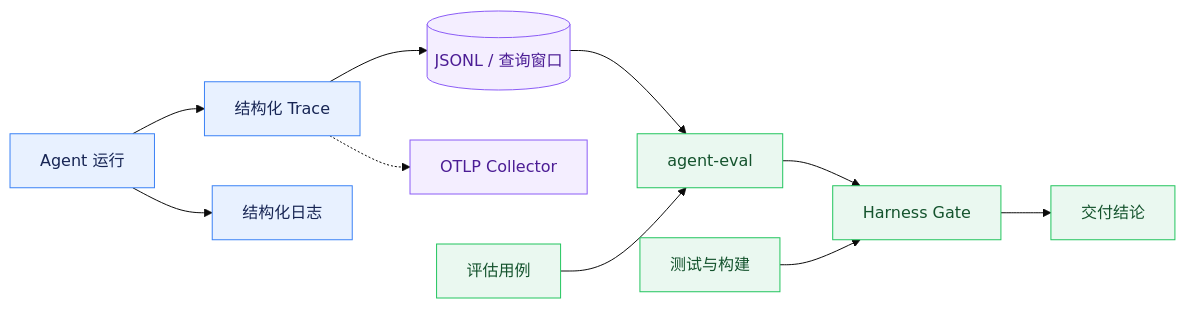
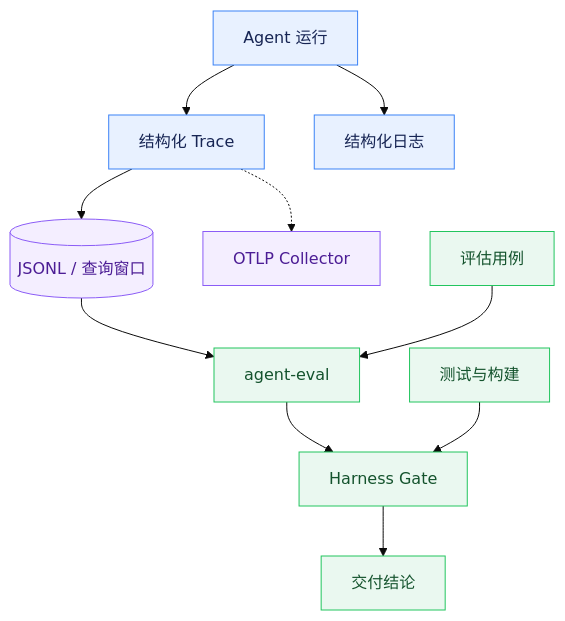
The diagram in agent-doc/核心能力/Trace可观测与质量评估.md (Logistic98/job-buddy), drawn with Mermaid (base theme) before and after one commit. The commit also changed other lines of this file and 32 other files, not shown here.

````diff
--- a/agent-doc/核心能力/Trace可观测与质量评估.md
+++ b/agent-doc/核心能力/Trace可观测与质量评估.md
@@ -35,19 +23,19 @@
 ```mermaid
-graph LR
+graph TD
     RUN[Agent 运行] --> TRACE[结构化 Trace]
     RUN --> LOG[结构化日志]
     TRACE --> JSONL[("JSONL / 查询窗口")]
     TRACE -.-> OTEL[OTLP Collector]
     JSONL --> EVAL[agent-eval]
     CASES[评估用例] --> EVAL
     EVAL --> GATE[Harness Gate]
     TESTS[测试与构建] --> GATE
     GATE --> RESULT[交付结论]
 
     classDef runtime fill:#E8F1FF,stroke:#3B82F6,color:#172554;
     classDef quality fill:#EAF8F0,stroke:#22C55E,color:#14532D;
     classDef store fill:#F4EEFF,stroke:#8B5CF6,color:#4C1D95;
     class RUN,TRACE,LOG runtime;
     class EVAL,GATE,RESULT,CASES,TESTS quality;
     class JSONL,OTEL store;
 ```
````
